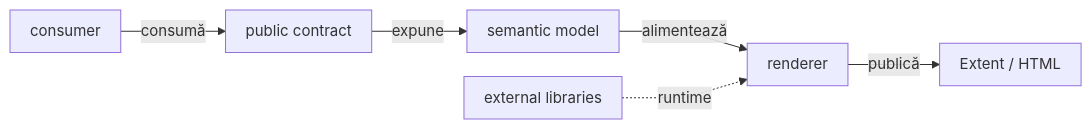
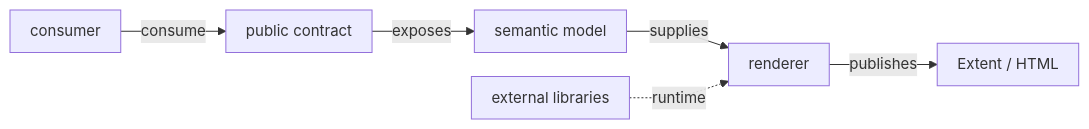
The first of 18 diagrams in atf-reporting/README.md (crististefanita/atf_j0), drawn with Mermaid before and after one commit. The commit also changed other lines of this file and 113 other files, not shown here.

````diff
--- a/atf-reporting/README.md
+++ b/atf-reporting/README.md
@@ -126,9 +123,9 @@
 ```mermaid
 %%{init: {"themeVariables":{"fontSize":"15px"},"themeCSS":".nodeLabel, .nodeLabel p { font-size: 15px !important; line-height: 1.35 !important; } .edgeLabel, .edgeLabel p { font-size: 12px !important; font-weight: 400 !important; line-height: 1.2 !important; } .edgeLabel .labelBkg, .edgeLabel p { background: transparent !important; } .edgeLabel foreignObject { transform: translateY(-18px); overflow: visible; } .node rect { rx: 6px; ry: 6px; }","flowchart":{"curve":"linear","nodeSpacing":24,"rankSpacing":40,"padding":10,"diagramPadding":16}}}%%
 flowchart LR
-    Consumer[consumer] -->|consumă| Contract[public contract]
-    Contract -->|expune| Model[semantic model]
-    Model -->|alimentează| Renderer[renderer]
-    Renderer -->|publică| Artifact[Extent / HTML]
+    Consumer[consumer] -->|consume| Contract[public contract]
+    Contract -->|exposes| Model[semantic model]
+    Model -->|supplies| Renderer[renderer]
+    Renderer -->|publishes| Artifact[Extent / HTML]
     Vendor[external libraries] -. runtime .-> Renderer
 ```
````
